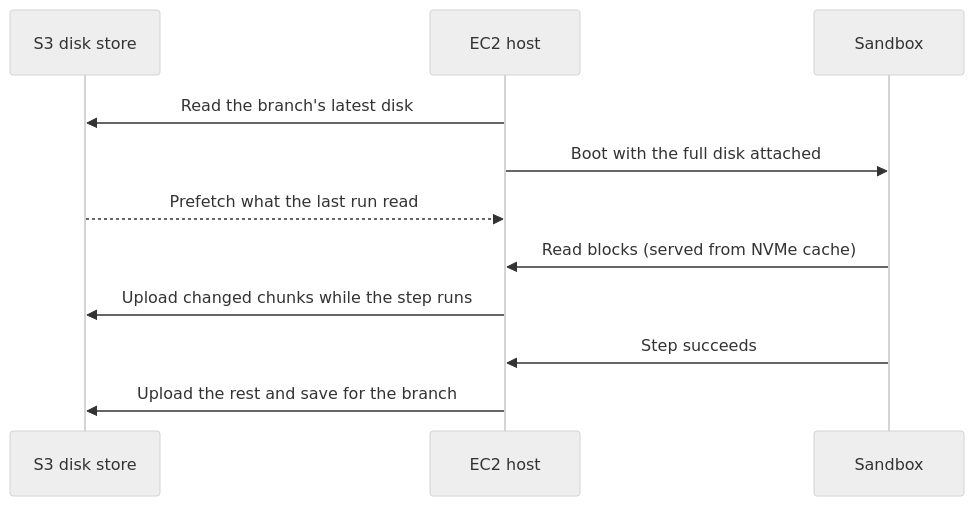
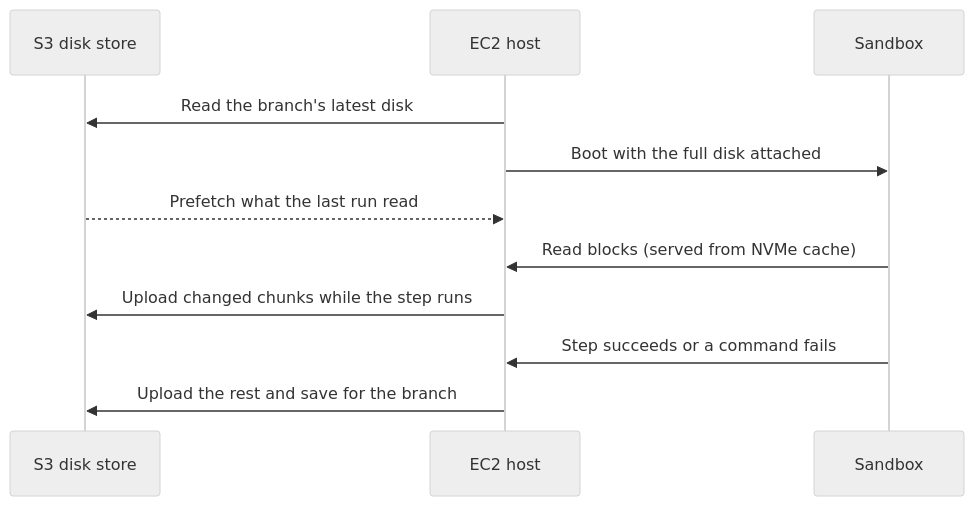
Before and after one commit to ravionhq/docs: the fourth of 4 diagrams in concepts/sandboxes.mdx, drawn with Mermaid (neutral theme). The commit also changed other lines of this file and 1 other file, not shown here.

````diff
--- a/concepts/sandboxes.mdx
+++ b/concepts/sandboxes.mdx
@@ -139,14 +139,14 @@
 ```mermaid
 sequenceDiagram
   participant Store as S3 disk store
   participant Host as EC2 host
   participant VM as Sandbox
 
   Host->>Store: Read the branch's latest disk
   Host->>VM: Boot with the full disk attached
   Store-->>Host: Prefetch what the last run read
   VM->>Host: Read blocks (served from NVMe cache)
   Host->>Store: Upload changed chunks while the step runs
-  VM->>Host: Step succeeds
+  VM->>Host: Step succeeds or a command fails
   Host->>Store: Upload the rest and save for the branch
 ```
````
